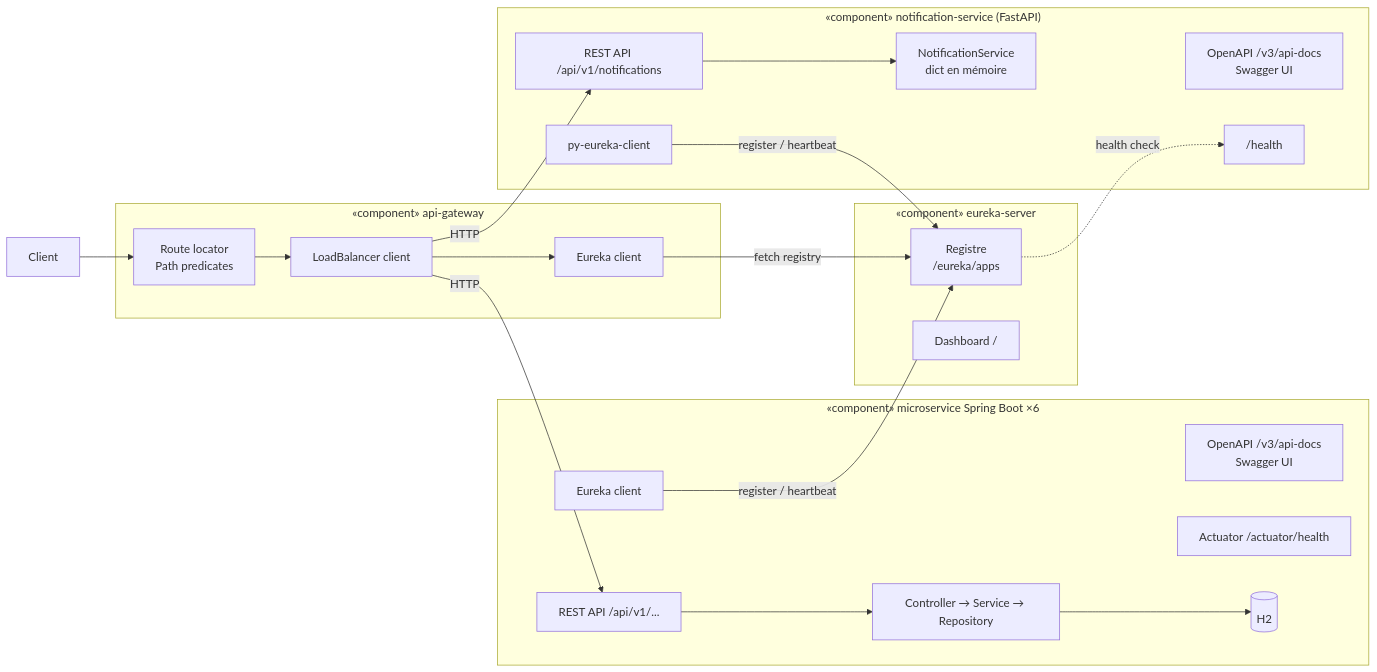
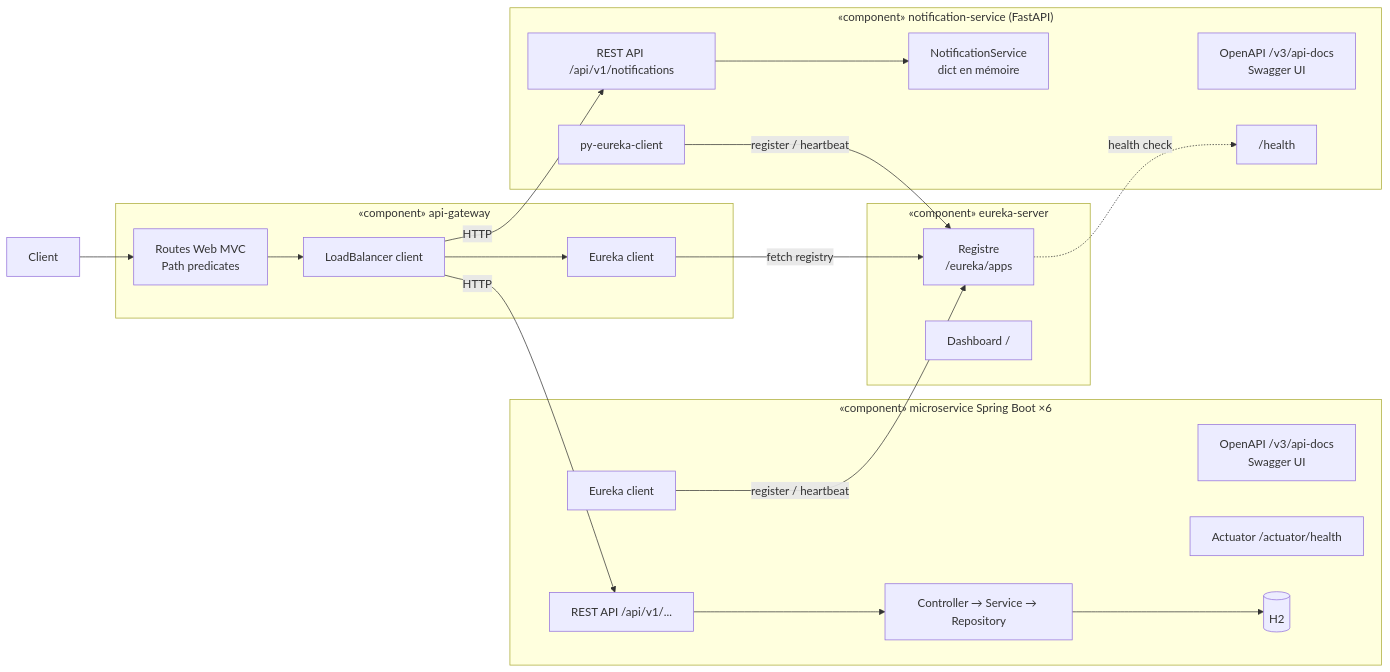
The diagram in documentation/diagrams/component/composants.md (touihri6/library-management), drawn with Mermaid before and after one commit. The commit also changed other lines of this file and 11 other files, not shown here.

````diff
--- a/documentation/diagrams/component/composants.md
+++ b/documentation/diagrams/component/composants.md
@@ -5,44 +5,44 @@
 ```mermaid
 flowchart LR
     Client["Client"]
 
     subgraph GW["«component» api-gateway"]
-        Routes["Route locator<br/>Path predicates"]
+        Routes["Routes Web MVC<br/>Path predicates"]
         LB["LoadBalancer client"]
         GWE["Eureka client"]
     end
 
     subgraph EU["«component» eureka-server"]
         Reg["Registre<br/>/eureka/apps"]
         Dash["Dashboard /"]
     end
 
     subgraph SB["«component» microservice Spring Boot ×6"]
         API["REST API /api/v1/..."]
         Docs["OpenAPI /v3/api-docs<br/>Swagger UI"]
         Act["Actuator /actuator/health"]
         Core["Controller → Service → Repository"]
         EC["Eureka client"]
         H2[("H2")]
     end
 
     subgraph PY["«component» notification-service (FastAPI)"]
         PAPI["REST API /api/v1/notifications"]
         PDocs["OpenAPI /v3/api-docs<br/>Swagger UI"]
         PH["/health"]
         PS["NotificationService<br/>dict en mémoire"]
         PEC["py-eureka-client"]
     end
 
     Client --> Routes
     Routes --> LB
     LB --> GWE
     GWE -->|fetch registry| Reg
     LB -->|HTTP| API
     LB -->|HTTP| PAPI
     API --> Core --> H2
     PAPI --> PS
     EC -->|register / heartbeat| Reg
     PEC -->|register / heartbeat| Reg
     Reg -.->|health check| PH
 ```
````
